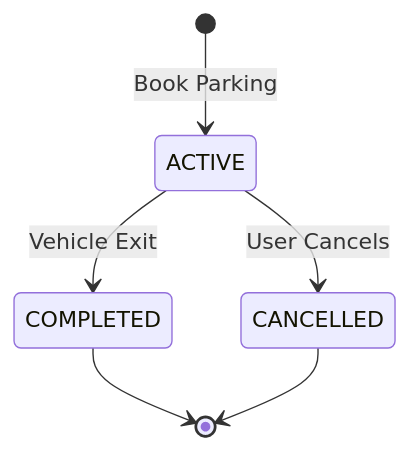
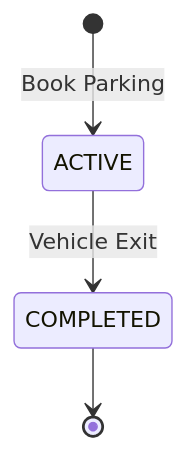
One commit to Sahil2u47/smart_parking_system changed the fifth of 11 diagrams in README.md. Above: the diagram before and after it, drawn with Mermaid. The commit also changed other lines of this file, not shown here.

````diff
--- a/README.md
+++ b/README.md
@@ -224,8 +224,6 @@
 ```mermaid
 stateDiagram-v2
     [*] --> ACTIVE: Book Parking
     ACTIVE --> COMPLETED: Vehicle Exit
-    ACTIVE --> CANCELLED: User Cancels
     COMPLETED --> [*]
-    CANCELLED --> [*]
 ```
````
